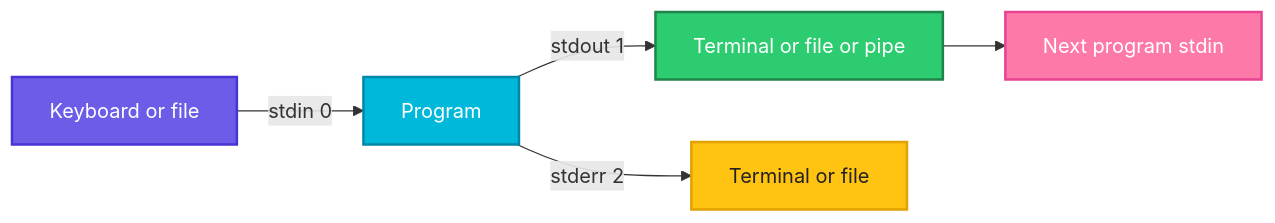
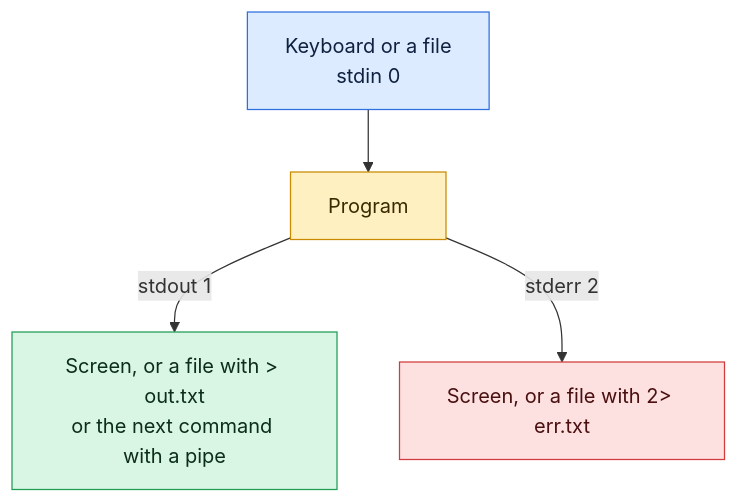
The diagram in linux/fundamentals/08-redirection-and-pipes.md (codeKerdosTech/DevOps-Documentation), drawn with Mermaid before and after one commit. The commit also changed other lines of this file and 165 other files, not shown here.

Commit message:
updated diagrams in linux

````diff
--- a/linux/fundamentals/08-redirection-and-pipes.md
+++ b/linux/fundamentals/08-redirection-and-pipes.md
@@ -19,17 +19,15 @@
 ```mermaid
-flowchart LR
-    A[Keyboard or file] -->|stdin 0| B[Program]
-    B -->|stdout 1| C[Terminal or file or pipe]
-    B -->|stderr 2| D[Terminal or file]
-    C --> E[Next program stdin]
-    classDef start fill:#6C5CE7,stroke:#4834D4,stroke-width:2px,color:#fff
-    classDef proc fill:#00B8D9,stroke:#0087A8,stroke-width:2px,color:#fff
-    classDef dec fill:#FFC312,stroke:#E1A100,stroke-width:2px,color:#222
-    classDef ok fill:#2ECC71,stroke:#1E8449,stroke-width:2px,color:#fff
-    classDef out fill:#FD79A8,stroke:#E84393,stroke-width:2px,color:#fff
-    class A start
-    class B proc
-    class C ok
-    class D dec
-    class E out
+flowchart TD
+    i1[Keyboard or a file<br/>stdin 0] --> c1[Program]
+    c1 -->|stdout 1| o1[Screen, or a file with > out.txt<br/>or the next command with a pipe]
+    c1 -->|stderr 2| x1[Screen, or a file with 2> err.txt]
+    classDef inp fill:#DCEBFF,stroke:#2F6FDE,color:#10213F
+    classDef cmd fill:#FFF0C2,stroke:#C98A00,color:#3A2A00
+    classDef out fill:#D9F5E3,stroke:#1F9D55,color:#0B2E1A
+    classDef bad fill:#FDE0E0,stroke:#D13B3B,color:#4A0F0F
+    classDef note fill:#ECEFF3,stroke:#7B8794,color:#1F2933
+    class i1 inp
+    class c1 cmd
+    class o1 out
+    class x1 bad
 ```
````
